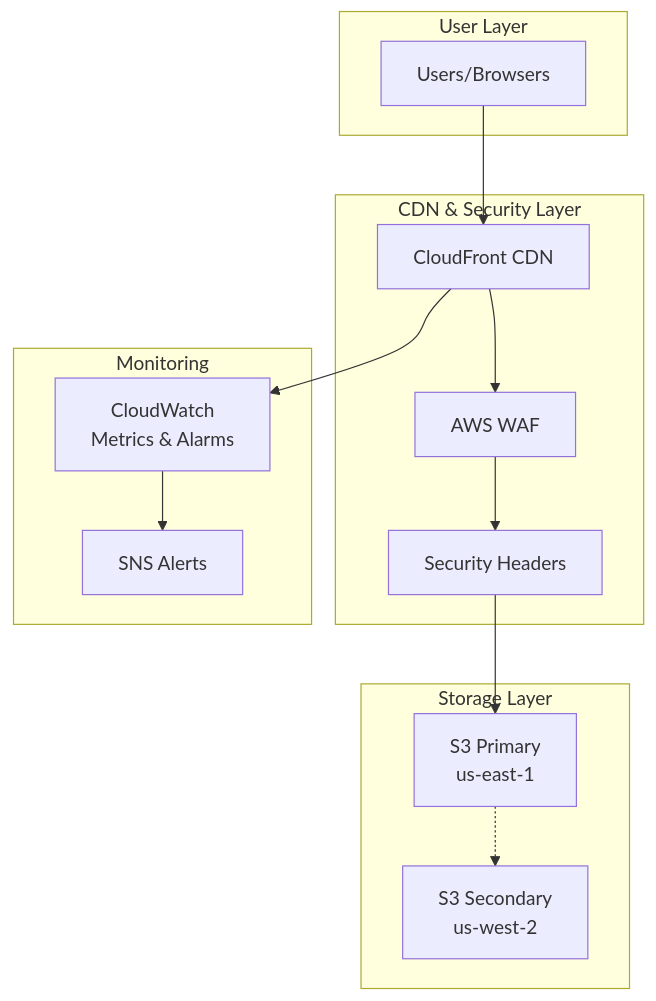
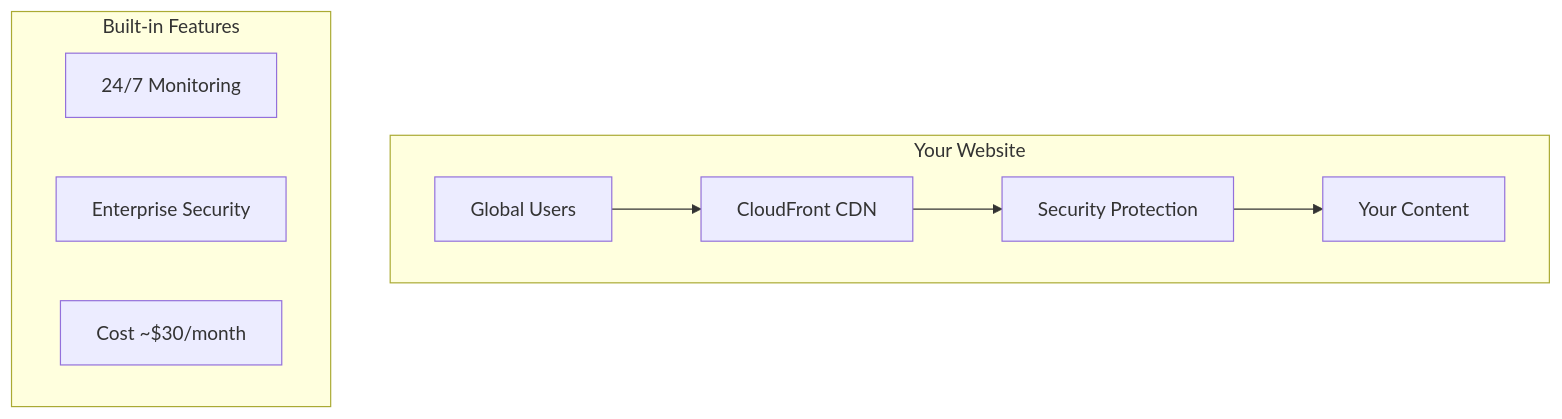
Before and after one commit to Celtikill/static-site: the diagram in README.md, drawn with Mermaid. The commit also changed other lines of this file and 7 other files, not shown here.

````diff
--- a/README.md
+++ b/README.md
@@ -13,30 +21,14 @@
 ```mermaid
 graph TB
-    subgraph "User Layer"
-        U[Users/Browsers]
+    subgraph "Your Website"
+        U[Global Users] --> CF[CloudFront CDN]
+        CF --> WAF[Security Protection]
+        WAF --> S3[Your Content]
     end
     
-    subgraph "CDN & Security Layer"
-        CF[CloudFront CDN]
-        WAF[AWS WAF]
-        SH[Security Headers]
+    subgraph "Built-in Features"
+        MON[24/7 Monitoring]
+        SEC[Enterprise Security]
+        COST[Cost ~$30/month]
     end
-    
-    subgraph "Storage Layer"
-        S3P[S3 Primary<br/>us-east-1]
-        S3S[S3 Secondary<br/>us-west-2]
-    end
-    
-    subgraph "Monitoring"
-        CW[CloudWatch<br/>Metrics & Alarms]
-        SNS[SNS Alerts]
-    end
-    
-    U --> CF
-    CF --> WAF
-    WAF --> SH
-    SH --> S3P
-    S3P -.-> S3S
-    CF --> CW
-    CW --> SNS
 ```
````
